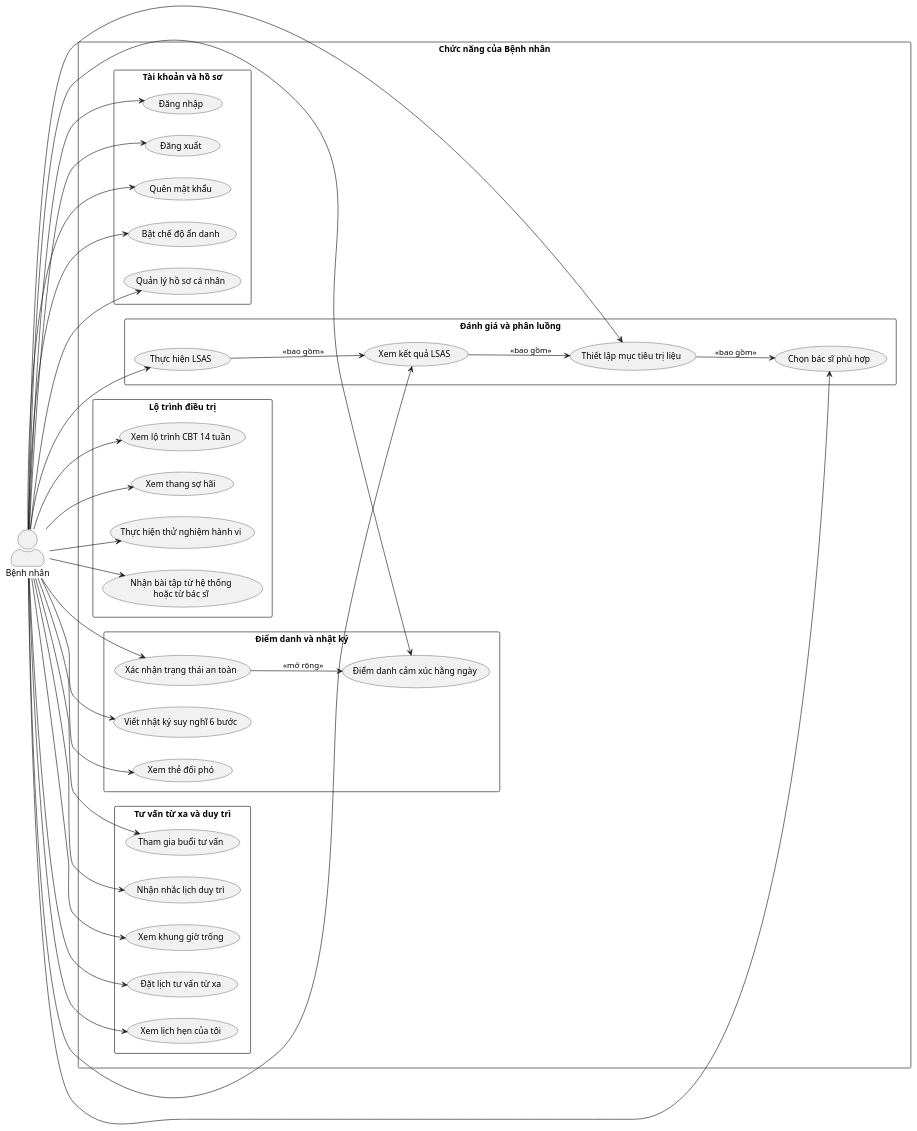
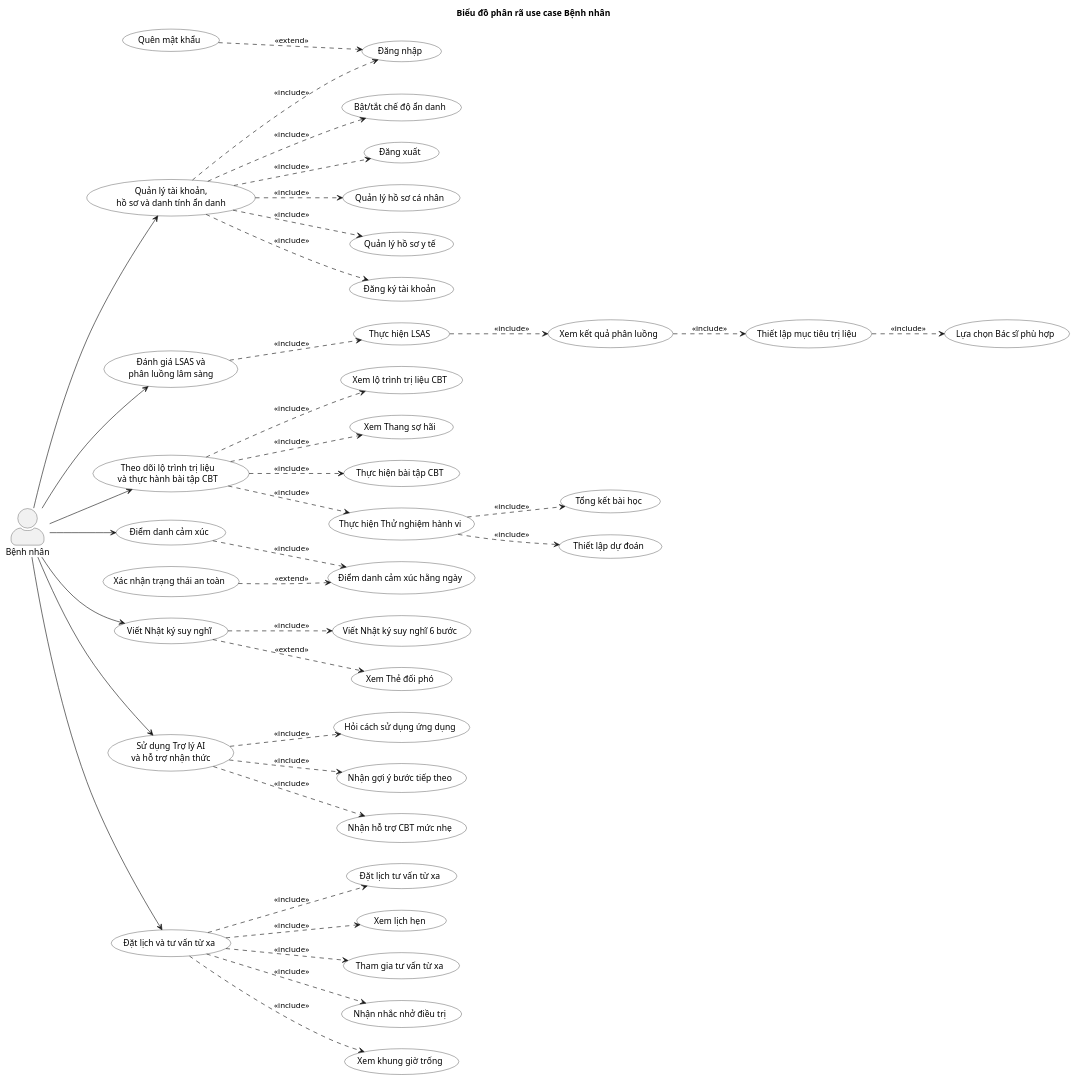
One commit to phuongtech24/do_an changed the diagram in docs/diagrams/Usecase/usecase_patient.puml. Above: the diagram before and after it, drawn with PlantUML. The commit also changed 5 other files, not shown here.

```diff
--- a/docs/diagrams/Usecase/usecase_patient.puml
+++ b/docs/diagrams/Usecase/usecase_patient.puml
@@ -1,76 +1,102 @@
 @startuml
 left to right direction
-skinparam packageStyle rectangle
 skinparam actorStyle awesome
 skinparam defaultFontName Arial
+skinparam usecase {
+  BackgroundColor White
+  BorderColor Black
+}
+
+title Biểu đồ phân rã use case Bệnh nhân
 
 actor "Bệnh nhân" as Patient
 
-rectangle "Chức năng của Bệnh nhân" {
+usecase "Quản lý tài khoản,\nhồ sơ và danh tính ẩn danh" as P_ACC
+usecase "Đánh giá LSAS và\nphân luồng lâm sàng" as P_LSAS
+usecase "Theo dõi lộ trình trị liệu\nvà thực hành bài tập CBT" as P_CBT
+usecase "Điểm danh cảm xúc" as P_MOOD
+usecase "Viết Nhật ký suy nghĩ" as P_JOURNAL
+usecase "Sử dụng Trợ lý AI\nvà hỗ trợ nhận thức" as P_AI
+usecase "Đặt lịch và tư vấn từ xa" as P_TELE
 
-  package "Tài khoản và hồ sơ" {
-    usecase "Đăng nhập" as P1
-    usecase "Đăng xuất" as P2
-    usecase "Quên mật khẩu" as P3
-    usecase "Bật chế độ ẩn danh" as P4
-    usecase "Quản lý hồ sơ cá nhân" as P5
-  }
+usecase "Đăng ký tài khoản" as P1
+usecase "Đăng nhập" as P2
+usecase "Đăng xuất" as P3
+usecase "Quên mật khẩu" as P4
+usecase "Quản lý hồ sơ cá nhân" as P5
+usecase "Quản lý hồ sơ y tế" as P6
+usecase "Bật/tắt chế độ ẩn danh" as P7
 
-  package "Đánh giá và phân luồng" {
-    usecase "Thực hiện LSAS" as P6
-    usecase "Xem kết quả LSAS" as P7
-    usecase "Thiết lập mục tiêu trị liệu" as P8
-    usecase "Chọn bác sĩ phù hợp" as P9
-  }
+usecase "Thực hiện LSAS" as P8
+usecase "Xem kết quả phân luồng" as P9
+usecase "Thiết lập mục tiêu trị liệu" as P10
+usecase "Lựa chọn Bác sĩ phù hợp" as P11
 
-  package "Lộ trình điều trị" {
-    usecase "Xem lộ trình CBT 14 tuần" as P10
-    usecase "Xem thang sợ hãi" as P11
-    usecase "Thực hiện thử nghiệm hành vi" as P12
-    usecase "Nhận bài tập từ hệ thống\nhoặc từ bác sĩ" as P13
-  }
+usecase "Xem lộ trình trị liệu CBT" as P12
+usecase "Xem Thang sợ hãi" as P13
+usecase "Thực hiện bài tập CBT" as P14
+usecase "Thực hiện Thử nghiệm hành vi" as P15
+usecase "Thiết lập dự đoán" as P16
+usecase "Tổng kết bài học" as P17
 
-  package "Điểm danh và nhật ký" {
-    usecase "Điểm danh cảm xúc hằng ngày" as P14
-    usecase "Xác nhận trạng thái an toàn" as P15
-    usecase "Viết nhật ký suy nghĩ 6 bước" as P16
-    usecase "Xem thẻ đối phó" as P17
-  }
+usecase "Điểm danh cảm xúc hằng ngày" as P18
+usecase "Xác nhận trạng thái an toàn" as P19
 
-  package "Tư vấn từ xa và duy trì" {
-    usecase "Xem khung giờ trống" as P18
-    usecase "Đặt lịch tư vấn từ xa" as P19
-    usecase "Xem lịch hẹn của tôi" as P20
-    usecase "Tham gia buổi tư vấn" as P21
-    usecase "Nhận nhắc lịch duy trì" as P22
-  }
-}
+usecase "Viết Nhật ký suy nghĩ 6 bước" as P20
+usecase "Xem Thẻ đối phó" as P21
 
-Patient --> P1
-Patient --> P2
-Patient --> P3
-Patient --> P4
-Patient --> P5
-Patient --> P6
-Patient --> P7
-Patient --> P8
-Patient --> P9
-Patient --> P10
-Patient --> P11
-Patient --> P12
-Patient --> P13
-Patient --> P14
-Patient --> P15
-Patient --> P16
-Patient --> P17
-Patient --> P18
-Patient --> P19
-Patient --> P20
-Patient --> P21
-Patient --> P22
+usecase "Hỏi cách sử dụng ứng dụng" as P22
+usecase "Nhận gợi ý bước tiếp theo" as P23
+usecase "Nhận hỗ trợ CBT mức nhẹ" as P24
 
-P6 --> P7 : <<bao gồm>>
-P7 --> P8 : <<bao gồm>>
-P8 --> P9 : <<bao gồm>>
-P15 --> P14 : <<mở rộng>>
+usecase "Xem khung giờ trống" as P25
+usecase "Đặt lịch tư vấn từ xa" as P26
+usecase "Xem lịch hẹn" as P27
+usecase "Tham gia tư vấn từ xa" as P28
+usecase "Nhận nhắc nhở điều trị" as P29
+
+Patient --> P_ACC
+Patient --> P_LSAS
+Patient --> P_CBT
+Patient --> P_MOOD
+Patient --> P_JOURNAL
+Patient --> P_AI
+Patient --> P_TELE
+
+P_ACC ..> P1 : <<include>>
+P_ACC ..> P2 : <<include>>
+P_ACC ..> P3 : <<include>>
+P_ACC ..> P5 : <<include>>
+P_ACC ..> P6 : <<include>>
+P_ACC ..> P7 : <<include>>
+P4 ..> P2 : <<extend>>
+
+P_LSAS ..> P8 : <<include>>
+P8 ..> P9 : <<include>>
+P9 ..> P10 : <<include>>
+P10 ..> P11 : <<include>>
+
+P_CBT ..> P12 : <<include>>
+P_CBT ..> P13 : <<include>>
+P_CBT ..> P14 : <<include>>
+P_CBT ..> P15 : <<include>>
+P15 ..> P16 : <<include>>
+P15 ..> P17 : <<include>>
+
+P_MOOD ..> P18 : <<include>>
+P19 ..> P18 : <<extend>>
+
+P_JOURNAL ..> P20 : <<include>>
+P_JOURNAL ..> P21 : <<extend>>
+
+P_AI ..> P22 : <<include>>
+P_AI ..> P23 : <<include>>
+P_AI ..> P24 : <<include>>
+
+P_TELE ..> P25 : <<include>>
+P_TELE ..> P26 : <<include>>
+P_TELE ..> P27 : <<include>>
+P_TELE ..> P28 : <<include>>
+P_TELE ..> P29 : <<include>>
+
 @enduml
```
